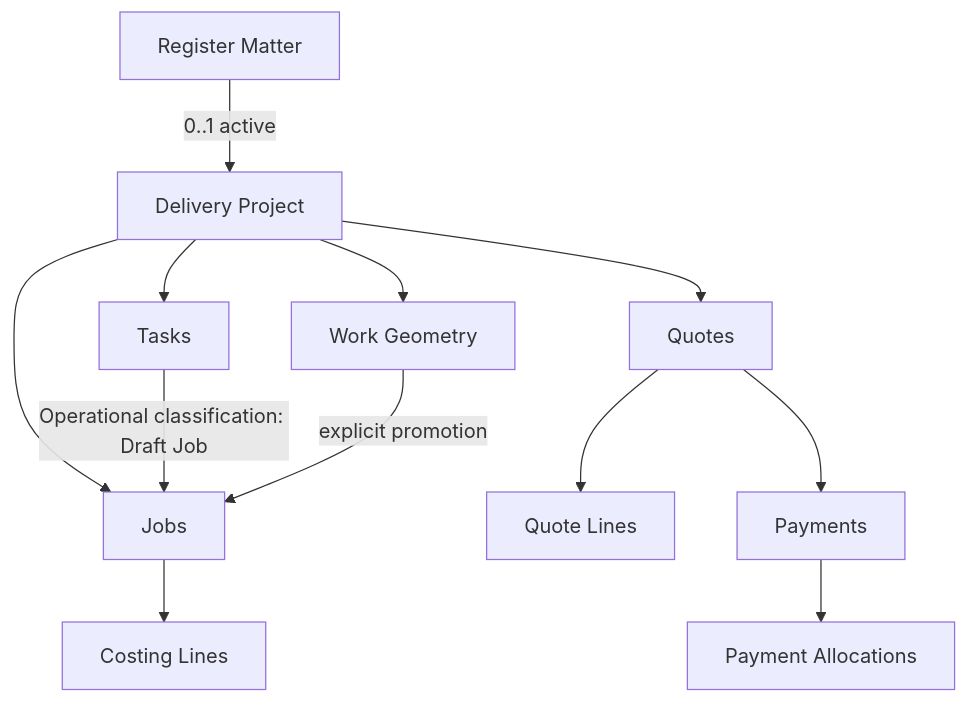
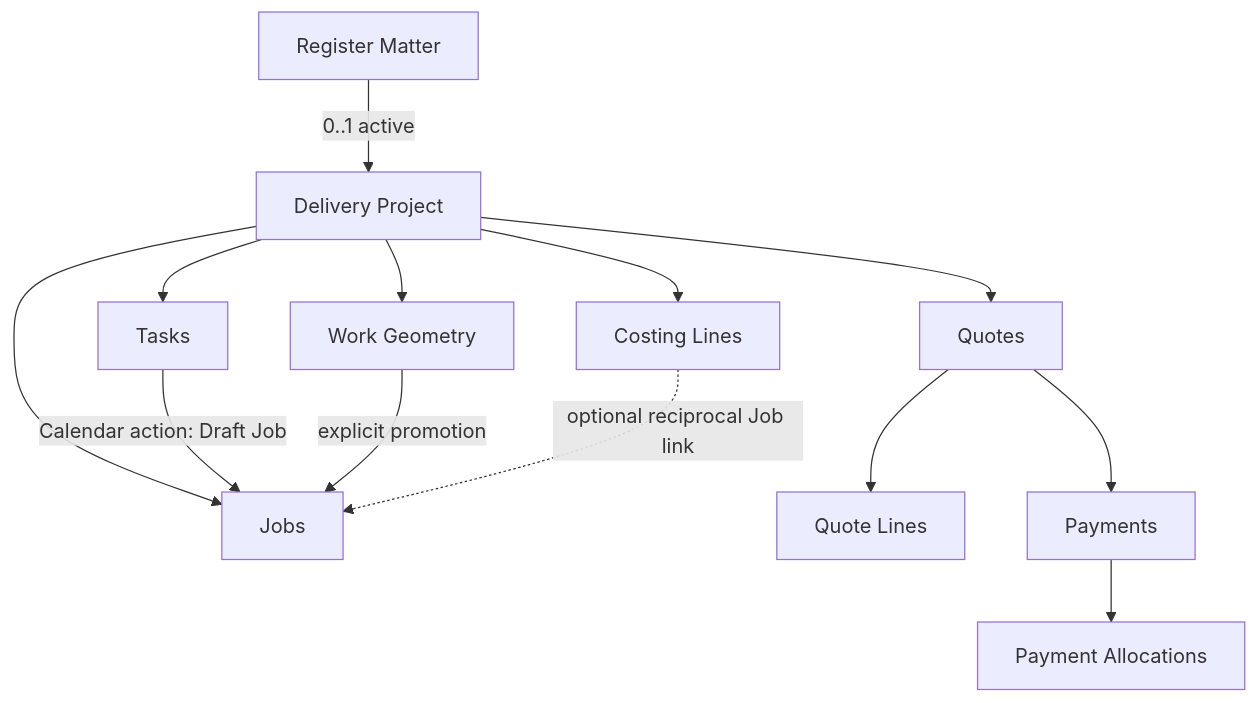
Before and after one commit to FraknToastr/horticulture-operations: the first of 4 diagrams in src/governance/CANONICAL_MODEL.md, drawn with Mermaid. The commit also changed other lines of this file and 105 other files, not shown here.

````diff
--- a/src/governance/CANONICAL_MODEL.md
+++ b/src/governance/CANONICAL_MODEL.md
@@ -4,14 +4,15 @@
 ```mermaid
 flowchart TD
  R["Register Matter"] -->|"0..1 active"| P["Delivery Project"]
  P --> T["Tasks"]
  P --> G["Work Geometry"]
  P --> J["Jobs"]
  P --> Q["Quotes"]
- T -->|"Operational classification: Draft Job"| J
+ T -->|"Calendar action: Draft Job"| J
  G -->|"explicit promotion"| J
- J --> C["Costing Lines"]
+ P --> C["Costing Lines"]
+ C -. "optional reciprocal Job link" .-> J
  Q --> QL["Quote Lines"]
  Q --> PAY["Payments"]
  PAY --> PA["Payment Allocations"]
 ```
````
